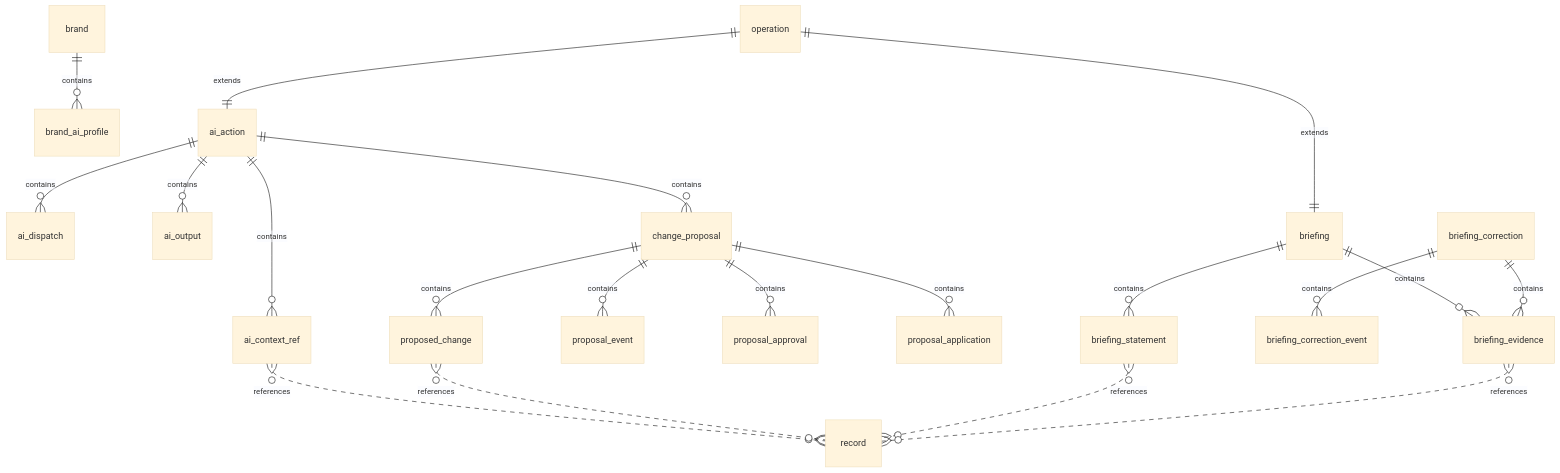
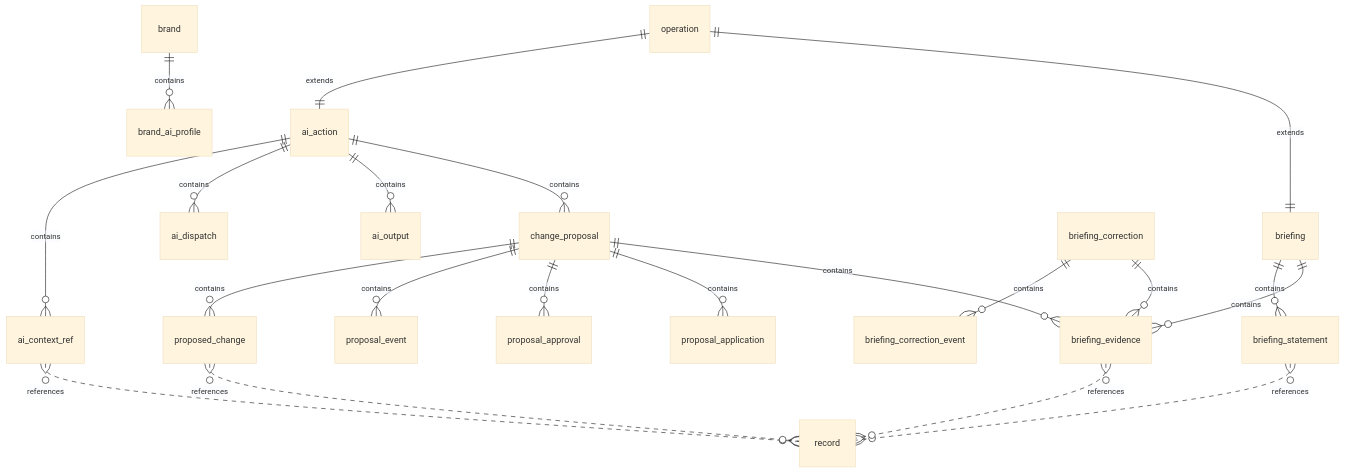
Diagram 27 of 31 in docs/architecture/data/generated/er-diagrams.md (KatrielMoses/pm), drawn with Mermaid (base theme) before and after one commit. The commit also changed other lines of this file and 55 other files, not shown here.

````diff
--- a/docs/architecture/data/generated/er-diagrams.md
+++ b/docs/architecture/data/generated/er-diagrams.md
@@ -433,22 +434,23 @@
 ```mermaid
 erDiagram
   brand ||--o{ brand_ai_profile : "contains"
   operation ||--|| ai_action : "extends"
   ai_action ||--o{ ai_context_ref : "contains"
   ai_context_ref }o..o{ record : "references"
   ai_action ||--o{ ai_dispatch : "contains"
   ai_action ||--o{ ai_output : "contains"
   ai_action ||--o{ change_proposal : "contains"
   change_proposal ||--o{ proposed_change : "contains"
   proposed_change }o..o{ record : "references"
   change_proposal ||--o{ proposal_event : "contains"
   change_proposal ||--o{ proposal_approval : "contains"
   change_proposal ||--o{ proposal_application : "contains"
   operation ||--|| briefing : "extends"
   briefing ||--o{ briefing_statement : "contains"
   briefing_statement }o..o{ record : "references"
   briefing_correction ||--o{ briefing_correction_event : "contains"
   briefing ||--o{ briefing_evidence : "contains"
   briefing_correction ||--o{ briefing_evidence : "contains"
+  change_proposal ||--o{ briefing_evidence : "contains"
   briefing_evidence }o..o{ record : "references"
 ```
````
